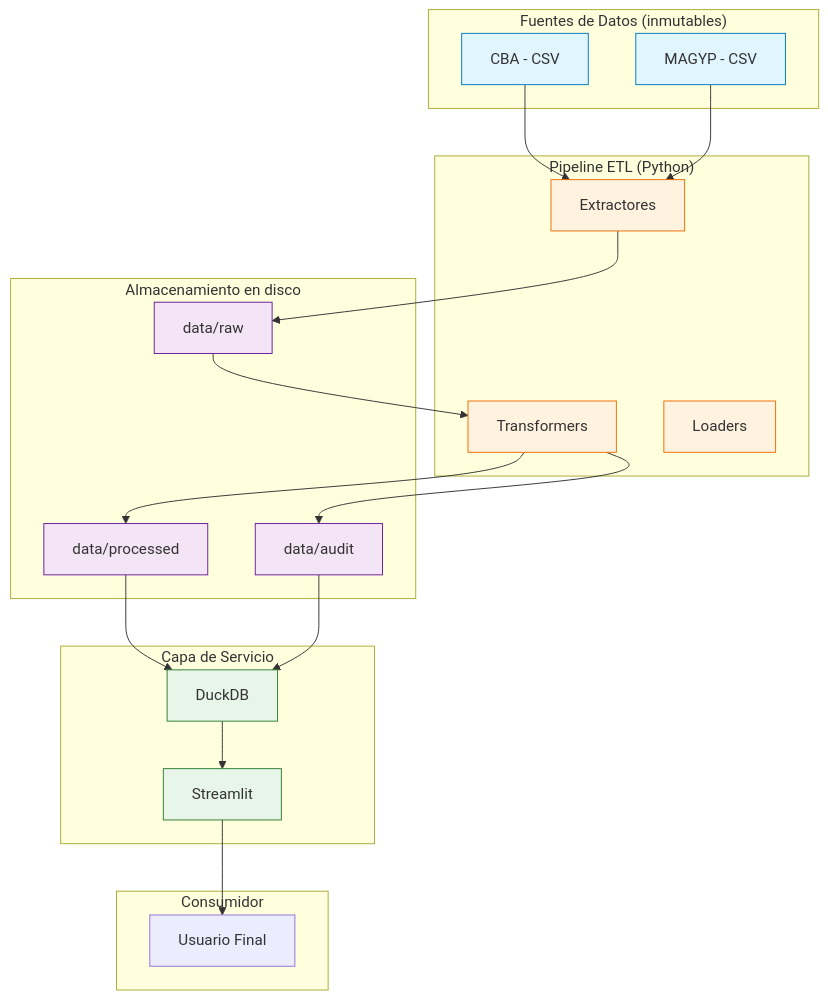
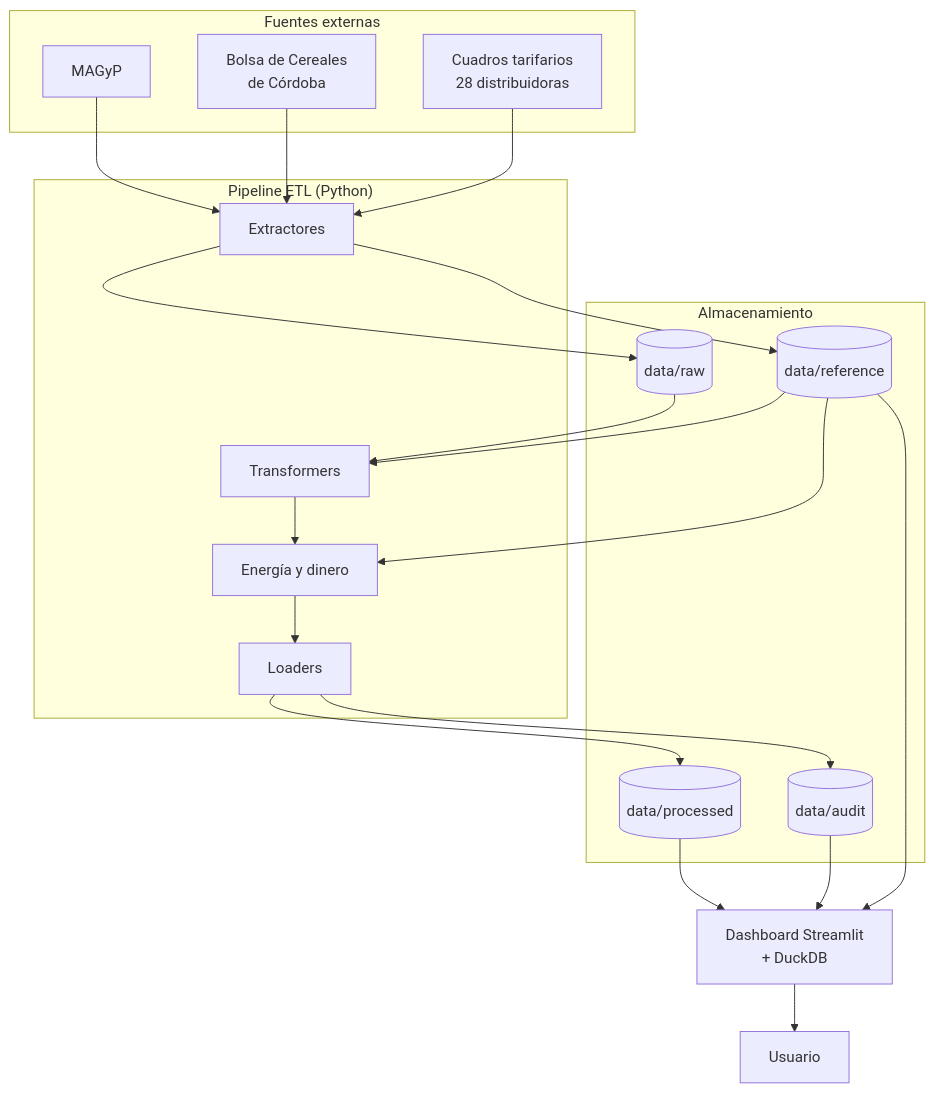
The first of 3 diagrams in README.md (marcoeferro/SYNGAS-OPTIMIA-HV), drawn with Mermaid before and after one commit. The commit also changed other lines of this file and 15 other files, not shown here.

First line of the commit message:
docs: README, diagramas y reporte actualizados; cron de Ofelia con segundos

````diff
--- a/README.md
+++ b/README.md
@@ -73,48 +76,39 @@
 ```mermaid
 graph TB
-    subgraph Sources["Fuentes de Datos (inmutables)"]
-        S1[CBA - CSV]
-        S2[MAGYP - CSV]
+    subgraph Fuentes["Fuentes externas"]
+        S1[MAGyP]
+        S2[Bolsa de Cereales<br/>de Córdoba]
+        S3[Cuadros tarifarios<br/>28 distribuidoras]
     end
 
     subgraph ETL["Pipeline ETL (Python)"]
         E1[Extractores]
         T1[Transformers]
+        T2[Energía y dinero]
         L1[Loaders]
     end
 
-    subgraph Storage["Almacenamiento en disco"]
-        R1[data/raw]
-        R3[data/processed]
-        R4[data/audit]
-    end
-
-    subgraph Serving["Capa de Servicio"]
-        D1[DuckDB]
-        D2[Streamlit]
-    end
-
-    subgraph Consumer["Consumidor"]
-        U1[Usuario Final]
+    subgraph Datos["Almacenamiento"]
+        R1[(data/raw)]
+        R2[(data/reference)]
+        R3[(data/processed)]
+        R4[(data/audit)]
     end
 
     S1 --> E1
     S2 --> E1
+    S3 --> E1
     E1 --> R1
+    E1 --> R2
     R1 --> T1
-    T1 --> R3
-    T1 --> R4
-    R3 --> D1
-    R4 --> D1
-    D1 --> D2
-    D2 --> U1
-
-    classDef source fill:#e1f5ff,stroke:#0277bd
-    classDef transform fill:#fff3e0,stroke:#ef6c00
-    classDef storage fill:#f3e5f5,stroke:#6a1b9a
-    classDef serve fill:#e8f5e9,stroke:#2e7d32
-    class S1,S2 source
-    class E1,T1,L1 transform
-    class R1,R3,R4 storage
-    class D1,D2 serve
+    R2 --> T1
+    T1 --> T2
+    R2 --> T2
+    T2 --> L1
+    L1 --> R3
+    L1 --> R4
+    R3 --> D[Dashboard Streamlit<br/>+ DuckDB]
+    R4 --> D
+    R2 --> D
+    D --> U[Usuario]
 ```
````
